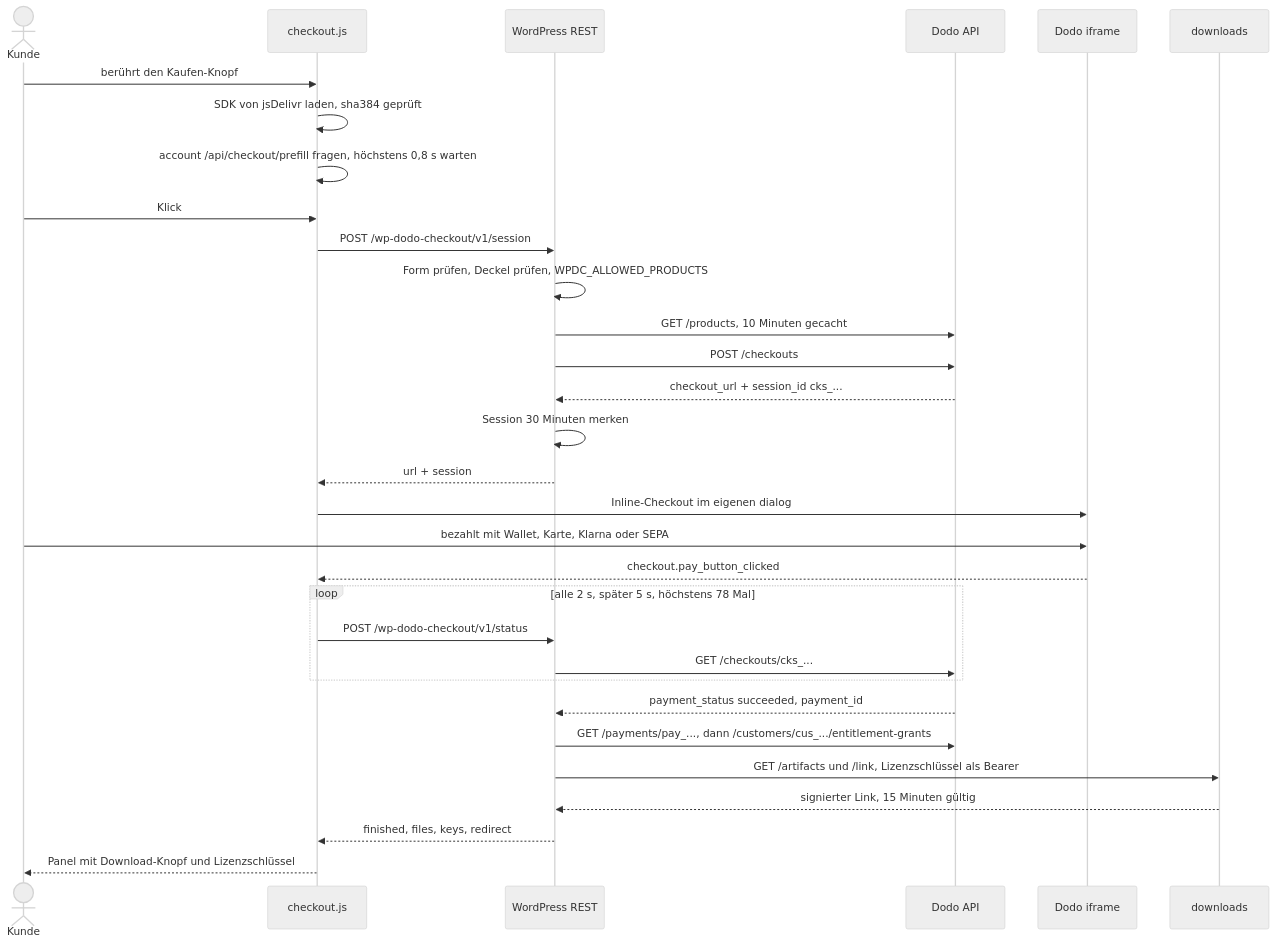
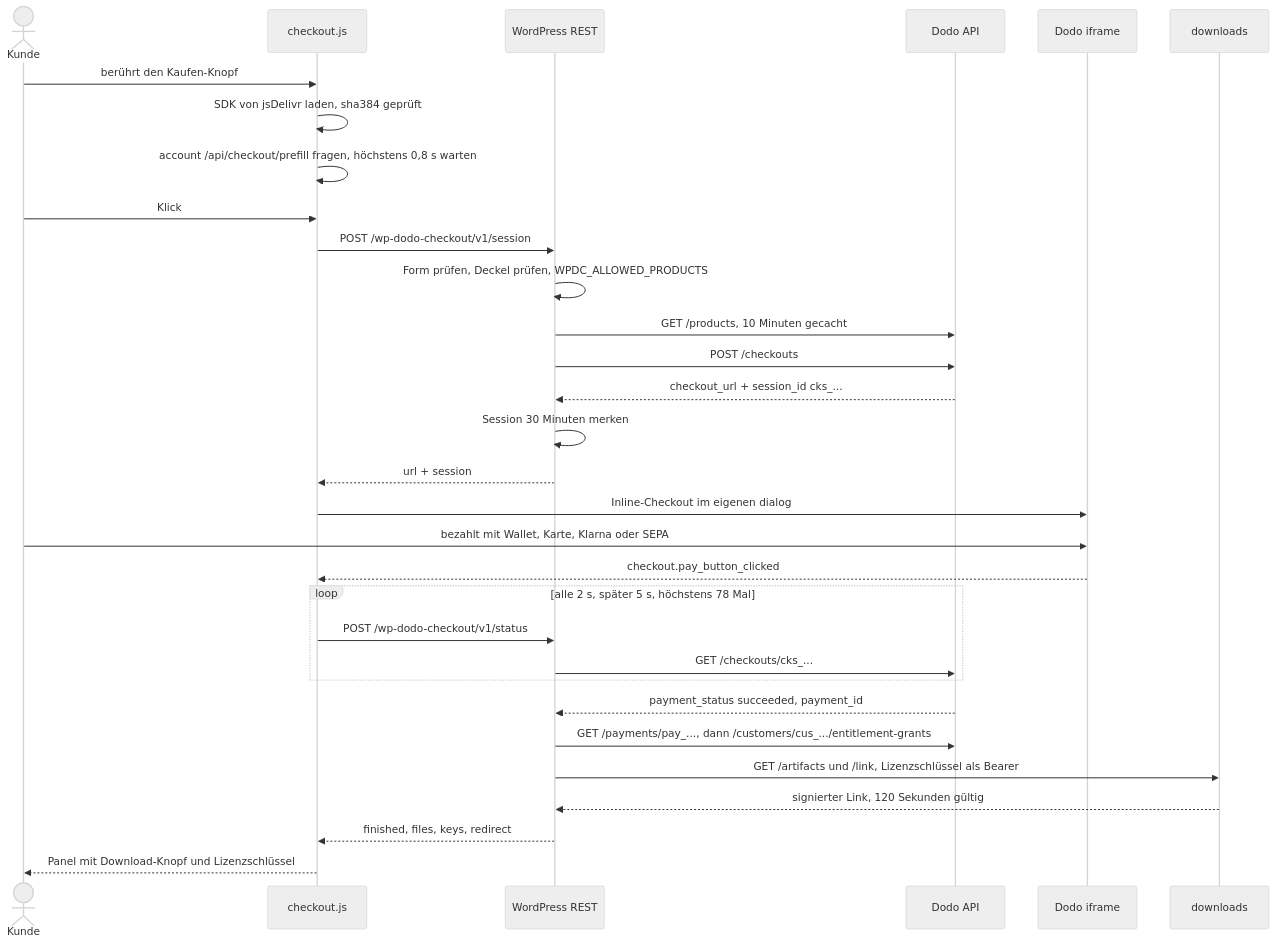
One commit to unleash-wp/wp-dodo-checkout changed the third of 5 diagrams in docs/wiki.md. Above: the diagram before and after it, drawn with Mermaid (neutral theme).

Commit message:
Wiki: releases sit under releases/<slug>, a /link lives 120 seconds

````diff
--- a/docs/wiki.md
+++ b/docs/wiki.md
@@ -128,33 +128,33 @@
 ```mermaid
 sequenceDiagram
   actor K as Kunde
   participant JS as checkout.js
   participant WP as WordPress REST
   participant D as Dodo API
   participant F as Dodo iframe
   participant DL as downloads
   K->>JS: berührt den Kaufen-Knopf
   JS->>JS: SDK von jsDelivr laden, sha384 geprüft
   JS->>JS: account /api/checkout/prefill fragen, höchstens 0,8 s warten
   K->>JS: Klick
   JS->>WP: POST /wp-dodo-checkout/v1/session
   WP->>WP: Form prüfen, Deckel prüfen, WPDC_ALLOWED_PRODUCTS
   WP->>D: GET /products, 10 Minuten gecacht
   WP->>D: POST /checkouts
   D-->>WP: checkout_url + session_id cks_...
   WP->>WP: Session 30 Minuten merken
   WP-->>JS: url + session
   JS->>F: Inline-Checkout im eigenen dialog
   K->>F: bezahlt mit Wallet, Karte, Klarna oder SEPA
   F-->>JS: checkout.pay_button_clicked
   loop alle 2 s, später 5 s, höchstens 78 Mal
     JS->>WP: POST /wp-dodo-checkout/v1/status
     WP->>D: GET /checkouts/cks_...
   end
   D-->>WP: payment_status succeeded, payment_id
   WP->>D: GET /payments/pay_..., dann /customers/cus_.../entitlement-grants
   WP->>DL: GET /artifacts und /link, Lizenzschlüssel als Bearer
-  DL-->>WP: signierter Link, 15 Minuten gültig
+  DL-->>WP: signierter Link, 120 Sekunden gültig
   WP-->>JS: finished, files, keys, redirect
   JS-->>K: Panel mit Download-Knopf und Lizenzschlüssel
 ```
````
